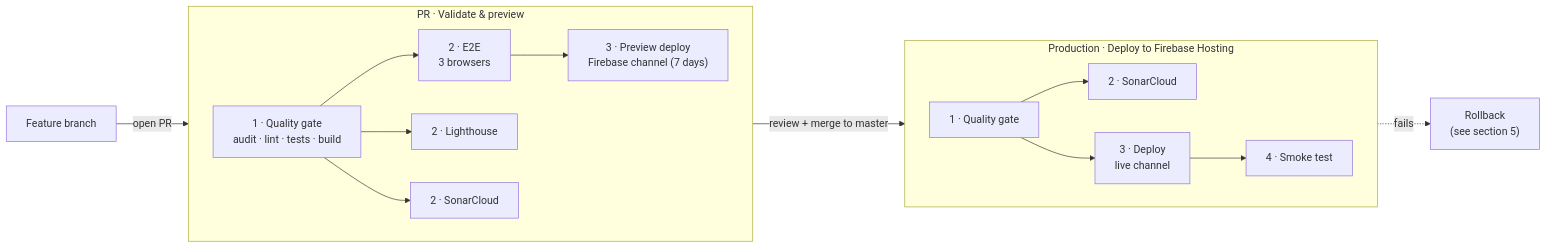
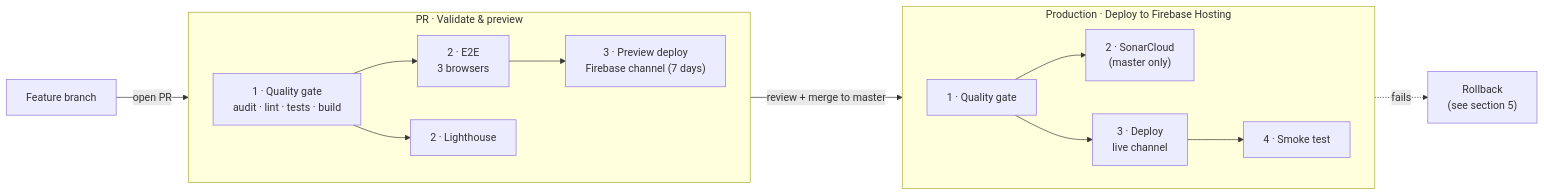
The diagram in docs/DEPLOYMENT.md (jesuscorral/Concurso.homebrewer.cordoba), drawn with Mermaid before and after one commit. The commit also changed other lines of this file and 17 other files, not shown here.

First line of the commit message:
test: raise unit-test coverage above 80% and run SonarCloud only on master

````diff
--- a/docs/DEPLOYMENT.md
+++ b/docs/DEPLOYMENT.md
@@ -22,18 +22,17 @@
 ```mermaid
 flowchart LR
     B["Feature branch"] -->|open PR| PR
     subgraph PR["PR · Validate & preview"]
         direction LR
         Q1["1 · Quality gate<br/>audit · lint · tests · build"] --> E["2 · E2E<br/>3 browsers"]
         Q1 --> L["2 · Lighthouse"]
-        Q1 --> S1["2 · SonarCloud"]
         E --> P["3 · Preview deploy<br/>Firebase channel (7 days)"]
     end
     PR -->|review + merge to master| PROD
     subgraph PROD["Production · Deploy to Firebase Hosting"]
         direction LR
-        Q2["1 · Quality gate"] --> S2["2 · SonarCloud"]
+        Q2["1 · Quality gate"] --> S2["2 · SonarCloud<br/>(master only)"]
         Q2 --> D["3 · Deploy<br/>live channel"] --> SM["4 · Smoke test"]
     end
     SM -.->|fails| RB["Rollback<br/>(see section 5)"]
 ```
````
